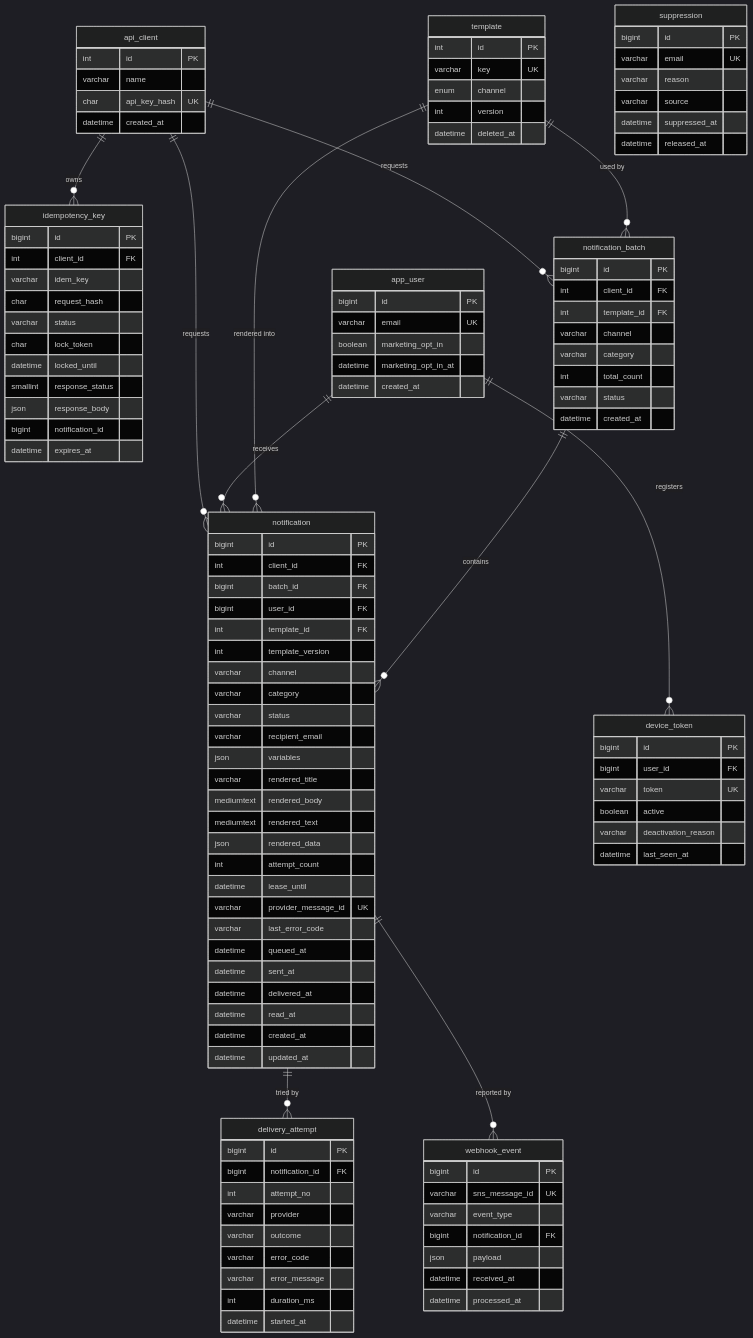
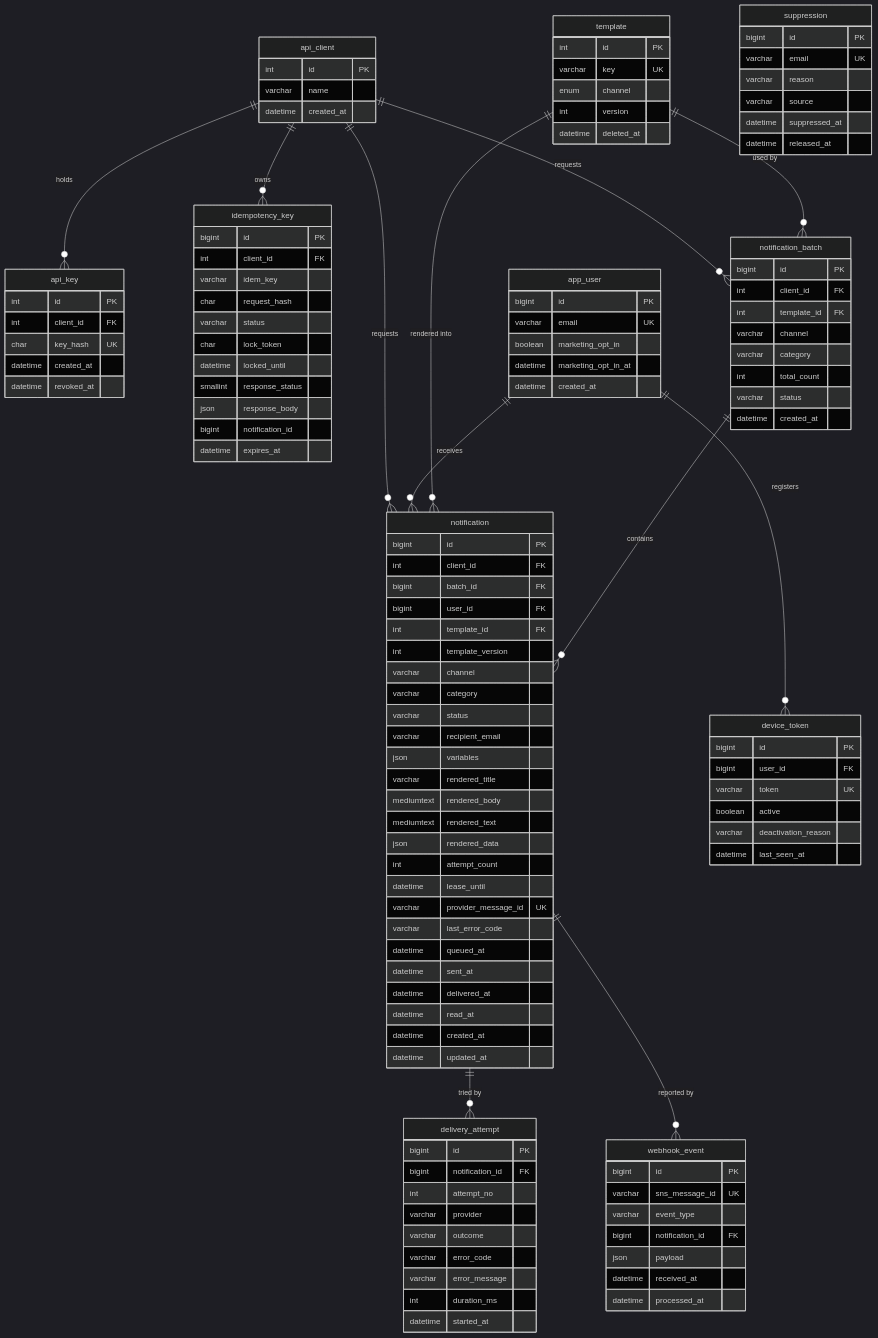
One commit to lee-mark01/notification-platform changed the diagram in docs/design/erd.md. Above: the diagram before and after it, drawn with Mermaid (dark theme). The commit also changed other lines of this file and 2 other files, not shown here.

Commit message:
docs: describe API key rotation

````diff
--- a/docs/design/erd.md
+++ b/docs/design/erd.md
@@ -15,5 +15,6 @@
 ```mermaid
 erDiagram
+    api_client ||--o{ api_key : "holds"
     api_client ||--o{ idempotency_key : "owns"
     api_client ||--o{ notification : "requests"
     api_client ||--o{ notification_batch : "requests"
@@ -28,8 +29,14 @@
     api_client {
         int id PK
         varchar name
-        char api_key_hash UK
         datetime created_at
+    }
+    api_key {
+        int id PK
+        int client_id FK
+        char key_hash UK
+        datetime created_at
+        datetime revoked_at
     }
     app_user {
         bigint id PK
````
